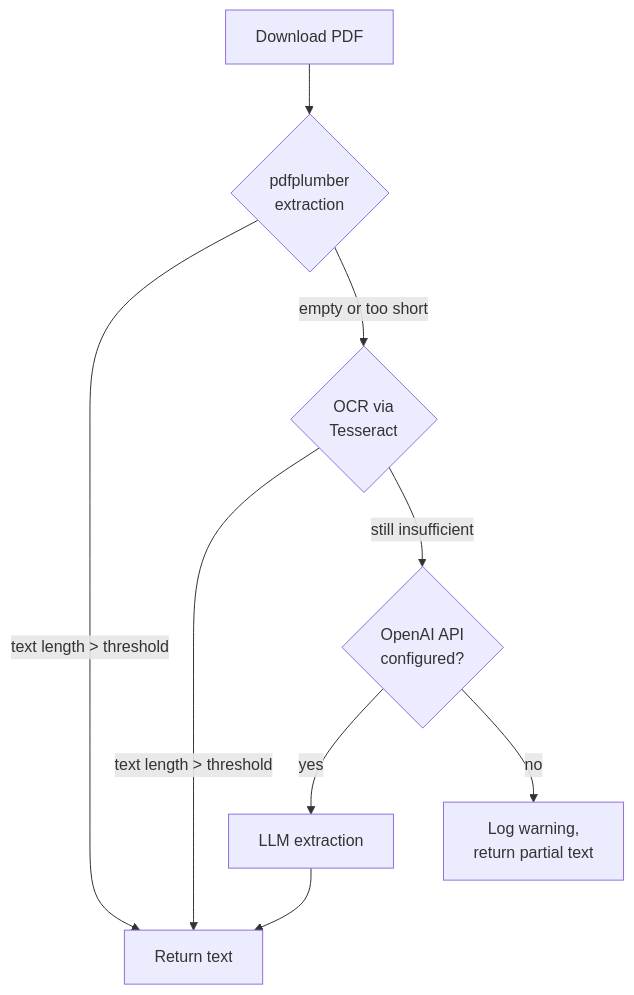
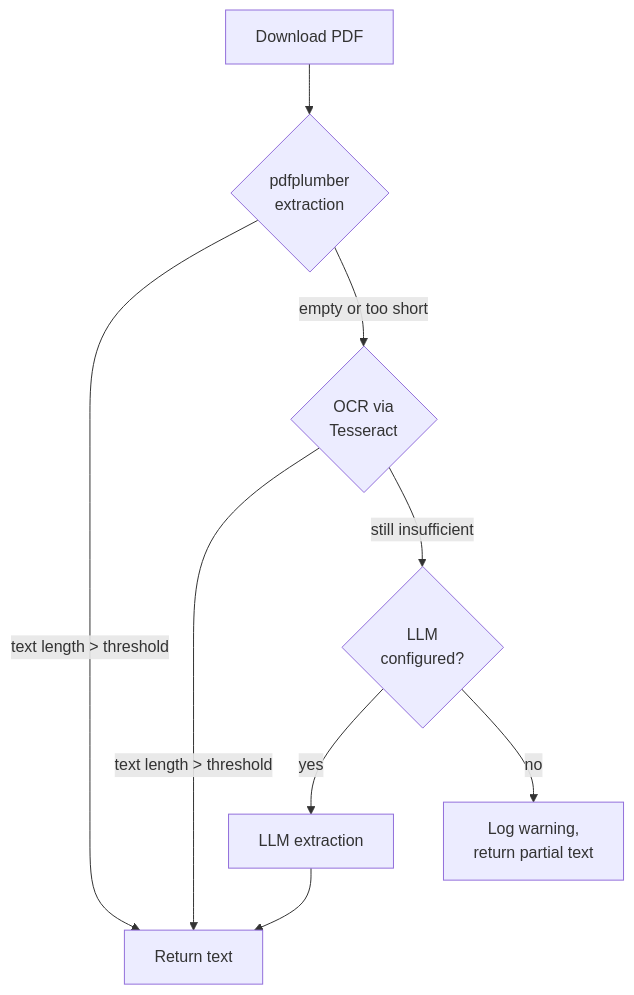
The fourth of 4 diagrams in docs/architecture.md (schneefisch/landtagszusammenfasser_bawue_scraper), drawn with Mermaid before and after one commit. The commit also changed other lines of this file and 17 other files, not shown here.

````diff
--- a/docs/architecture.md
+++ b/docs/architecture.md
@@ -292,11 +292,11 @@
 ```mermaid
 flowchart TD
     A[Download PDF] --> B{pdfplumber<br/>extraction}
     B -->|text length > threshold| C[Return text]
     B -->|empty or too short| D{OCR via<br/>Tesseract}
     D -->|text length > threshold| C
-    D -->|still insufficient| E{OpenAI API<br/>configured?}
+    D -->|still insufficient| E{LLM<br/>configured?}
     E -->|yes| F[LLM extraction]
     E -->|no| G[Log warning,<br/>return partial text]
     F --> C
 ```
````
